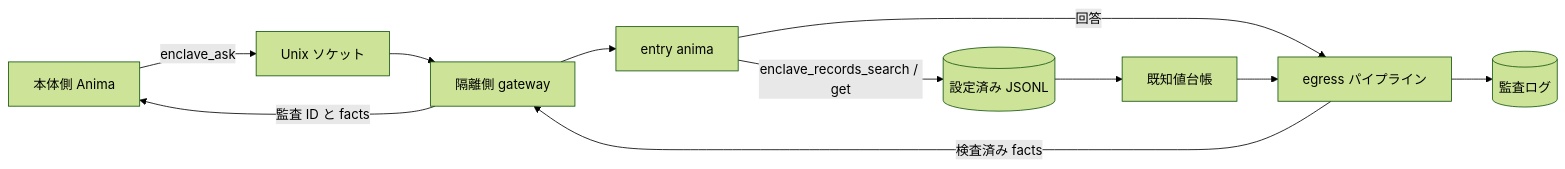
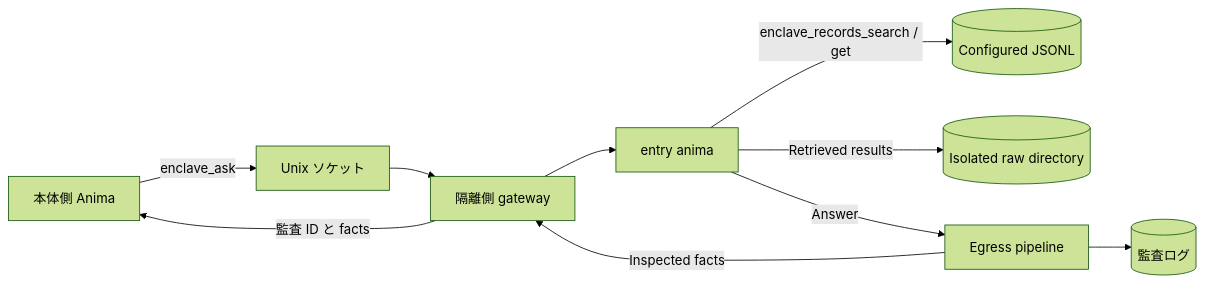
The diagram in docs/en/enclave.md (cmnt1/animaworks), drawn with Mermaid (forest theme) before and after one commit. The commit also changed other lines of this file and 32 other files, not shown here.

First line of the commit message:
feat(enclave): decrypt app-encrypted columns, keep raw results in the enclave, drop the known-value ledger

````diff
--- a/docs/en/enclave.md
+++ b/docs/en/enclave.md
@@ -12,13 +12,12 @@
 ```mermaid
 flowchart LR
     H[本体側 Anima] -->|enclave_ask| S[Unix ソケット]
     S --> G[隔離側 gateway]
     G --> A[entry anima]
-    A -->|enclave_records_search / get| D[(設定済み JSONL)]
-    D --> L[既知値台帳]
-    A -->|回答| E[egress パイプライン]
-    L --> E
-    E -->|検査済み facts| G
+    A -->|enclave_records_search / get| D[(Configured JSONL)]
+    A -->|Retrieved results| R[(Isolated raw directory)]
+    A -->|Answer| E[Egress pipeline]
+    E -->|Inspected facts| G
     G -->|監査 ID と facts| H
     E --> Q[(監査ログ)]
 ```
````
